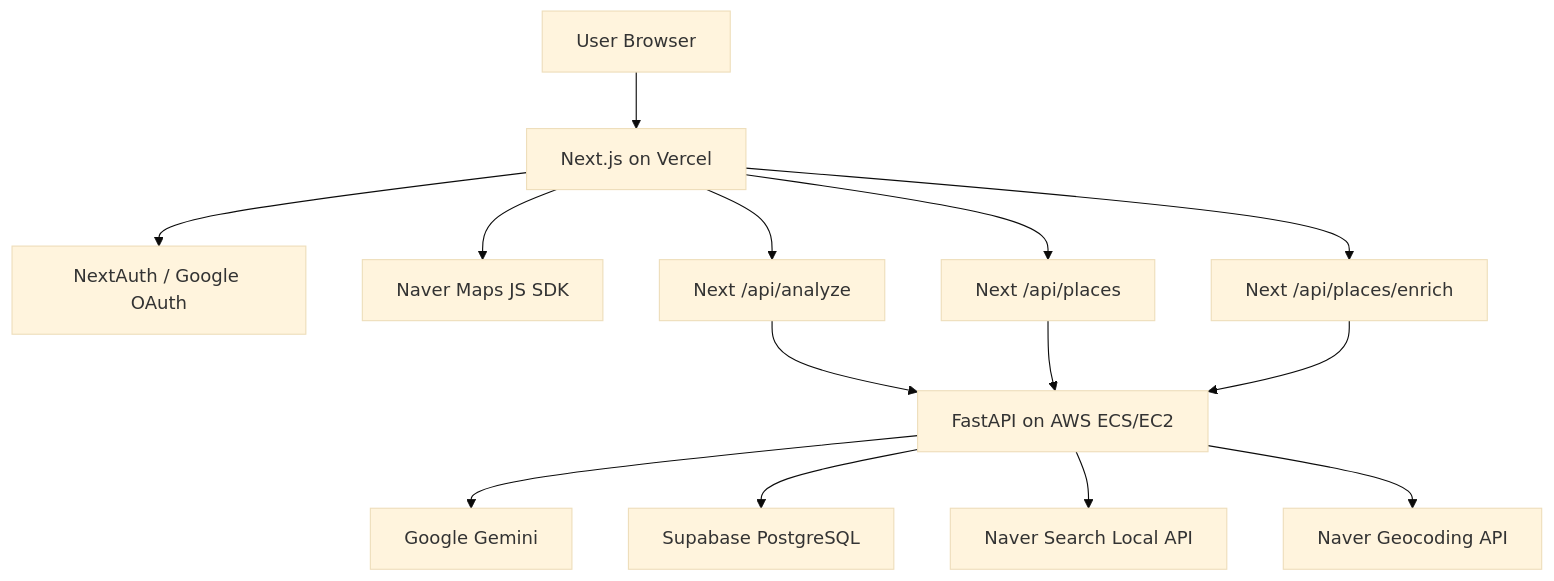
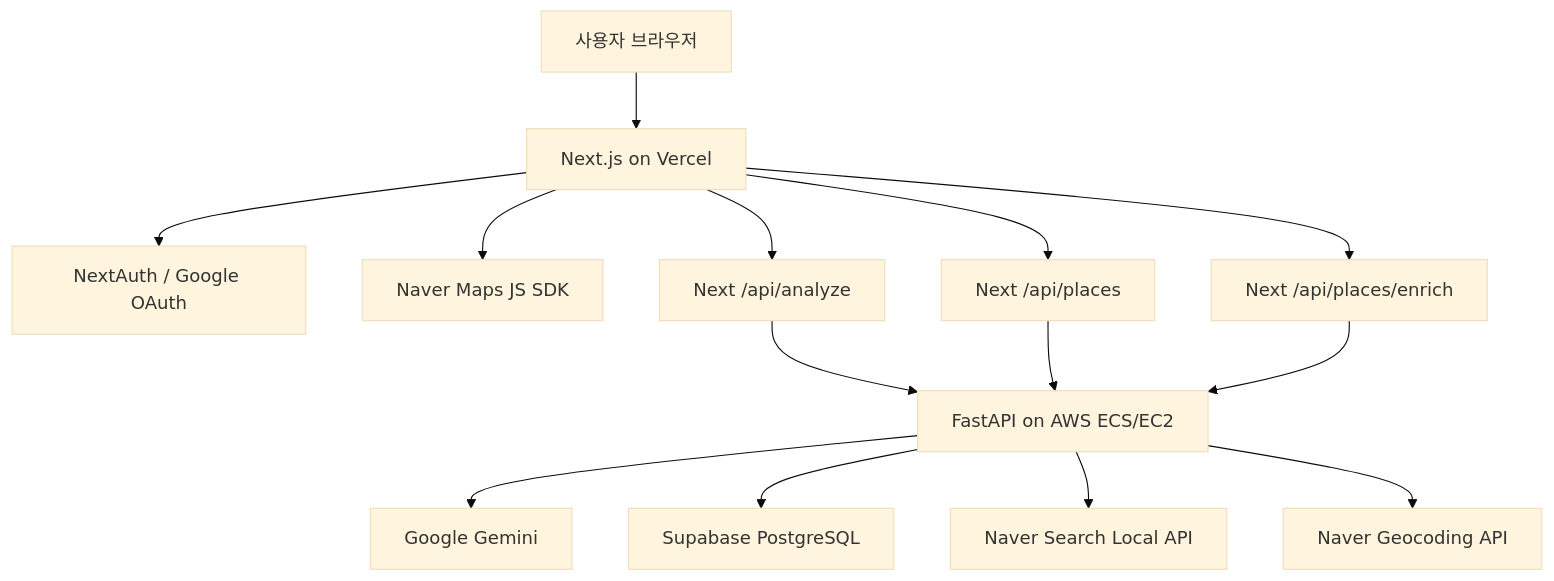
Before and after one commit to BapSangE/sple: the second of 2 diagrams in README.md, drawn with Mermaid (base theme). The commit also changed other lines of this file, not shown here.

````diff
--- a/README.md
+++ b/README.md
@@ -102,18 +100,18 @@
 ```mermaid
 flowchart TD
-  User["User Browser"] --> Frontend["Next.js on Vercel"]
+  User["사용자 브라우저"] --> Frontend["Next.js on Vercel"]
   Frontend --> Auth["NextAuth / Google OAuth"]
   Frontend --> NaverMap["Naver Maps JS SDK"]
   Frontend --> AnalyzeRoute["Next /api/analyze"]
   Frontend --> PlacesRoute["Next /api/places"]
   Frontend --> EnrichRoute["Next /api/places/enrich"]
 
   AnalyzeRoute --> Backend["FastAPI on AWS ECS/EC2"]
   PlacesRoute --> Backend
   EnrichRoute --> Backend
 
   Backend --> Gemini["Google Gemini"]
   Backend --> DB["Supabase PostgreSQL"]
   Backend --> NaverSearch["Naver Search Local API"]
   Backend --> NaverGeocode["Naver Geocoding API"]
 ```
````
